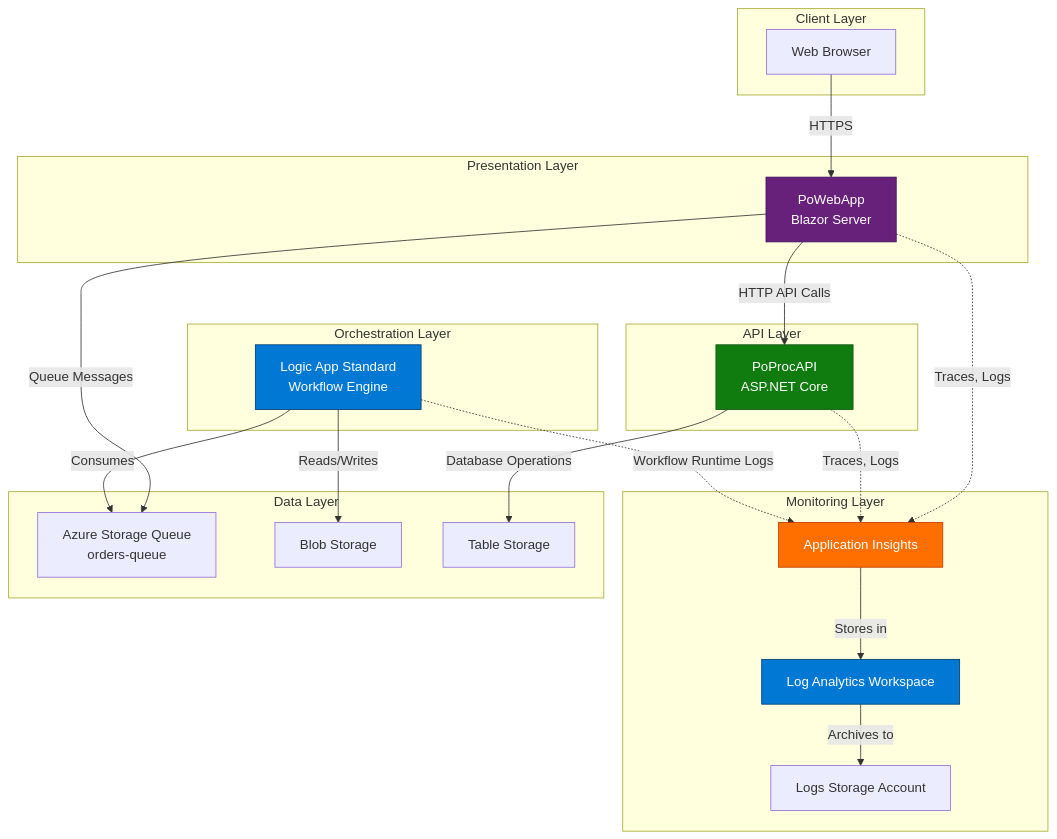
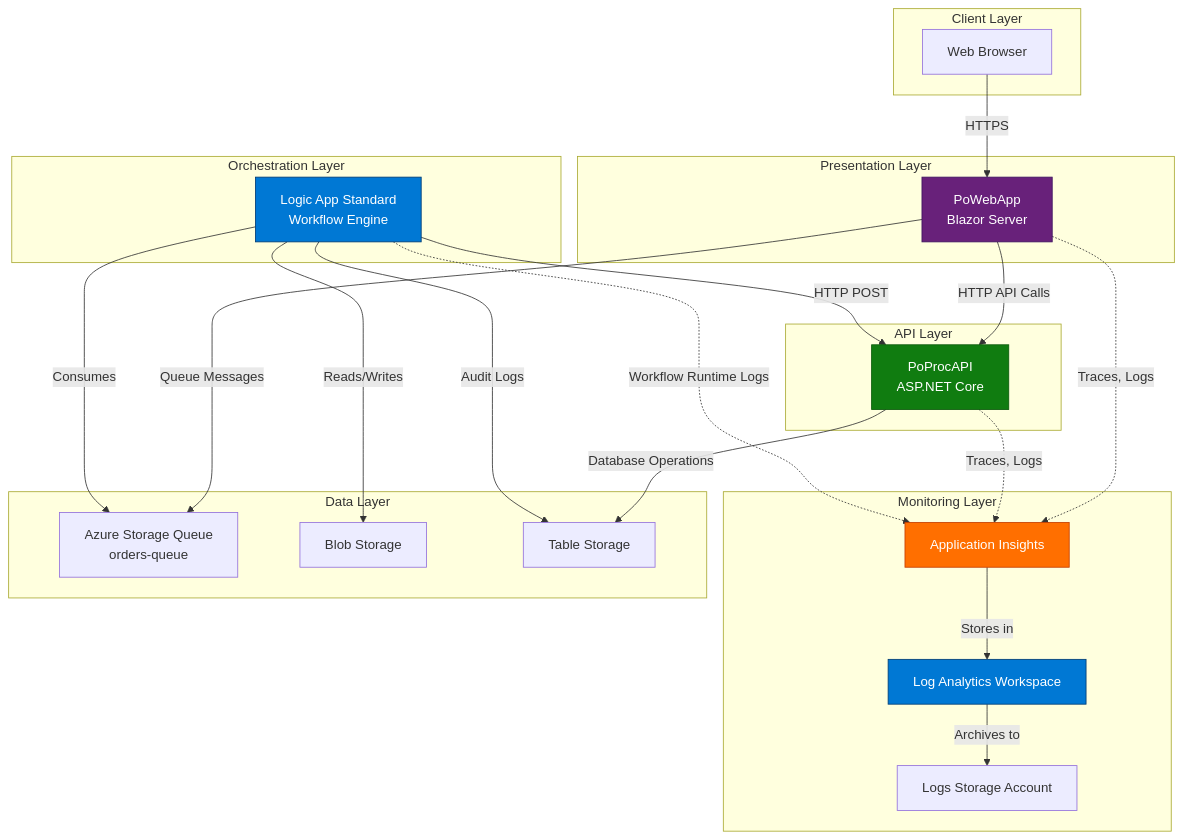
The first of 2 diagrams in README.md (Evilazaro/Azure-LogicApps-Monitoring), drawn with Mermaid before and after one commit. The commit also changed other lines of this file, not shown here.

````diff
--- a/README.md
+++ b/README.md
@@ -123,49 +132,51 @@
 ```mermaid
 graph TB
     subgraph "Client Layer"
         USER[Web Browser]
     end
 
     subgraph "Monitoring Layer"
         LAWS[Log Analytics Workspace]
         AI[Application Insights]
         STORAGE[Logs Storage Account]
     end
 
     subgraph "Presentation Layer"
         WEBAPP[PoWebApp<br/>Blazor Server]
     end
 
     subgraph "API Layer"
         API[PoProcAPI<br/>ASP.NET Core]
     end
 
     subgraph "Orchestration Layer"
         LOGICAPP[Logic App Standard<br/>Workflow Engine]
     end
 
     subgraph "Data Layer"
         QUEUE[Azure Storage Queue<br/>orders-queue]
         BLOB[Blob Storage]
         TABLE[Table Storage]
     end
 
     USER -->|HTTPS| WEBAPP
     WEBAPP -->|HTTP API Calls| API
     WEBAPP -->|Queue Messages| QUEUE
     API -->|Database Operations| TABLE
     LOGICAPP -->|Consumes| QUEUE
+    LOGICAPP -->|HTTP POST| API
     LOGICAPP -->|Reads/Writes| BLOB
+    LOGICAPP -->|Audit Logs| TABLE
 
     WEBAPP -.->|Traces, Logs| AI
     API -.->|Traces, Logs| AI
     LOGICAPP -.->|Workflow Runtime Logs| AI
     AI -->|Stores in| LAWS
     LAWS -->|Archives to| STORAGE
 
     style LAWS fill:#0078D4,stroke:#003B73,color:#fff
     style AI fill:#FF6F00,stroke:#C43E00,color:#fff
     style WEBAPP fill:#68217A,stroke:#3E145F,color:#fff
     style API fill:#107C10,stroke:#0B5A0B,color:#fff
     style LOGICAPP fill:#0078D4,stroke:#003B73,color:#fff
 ```
````
